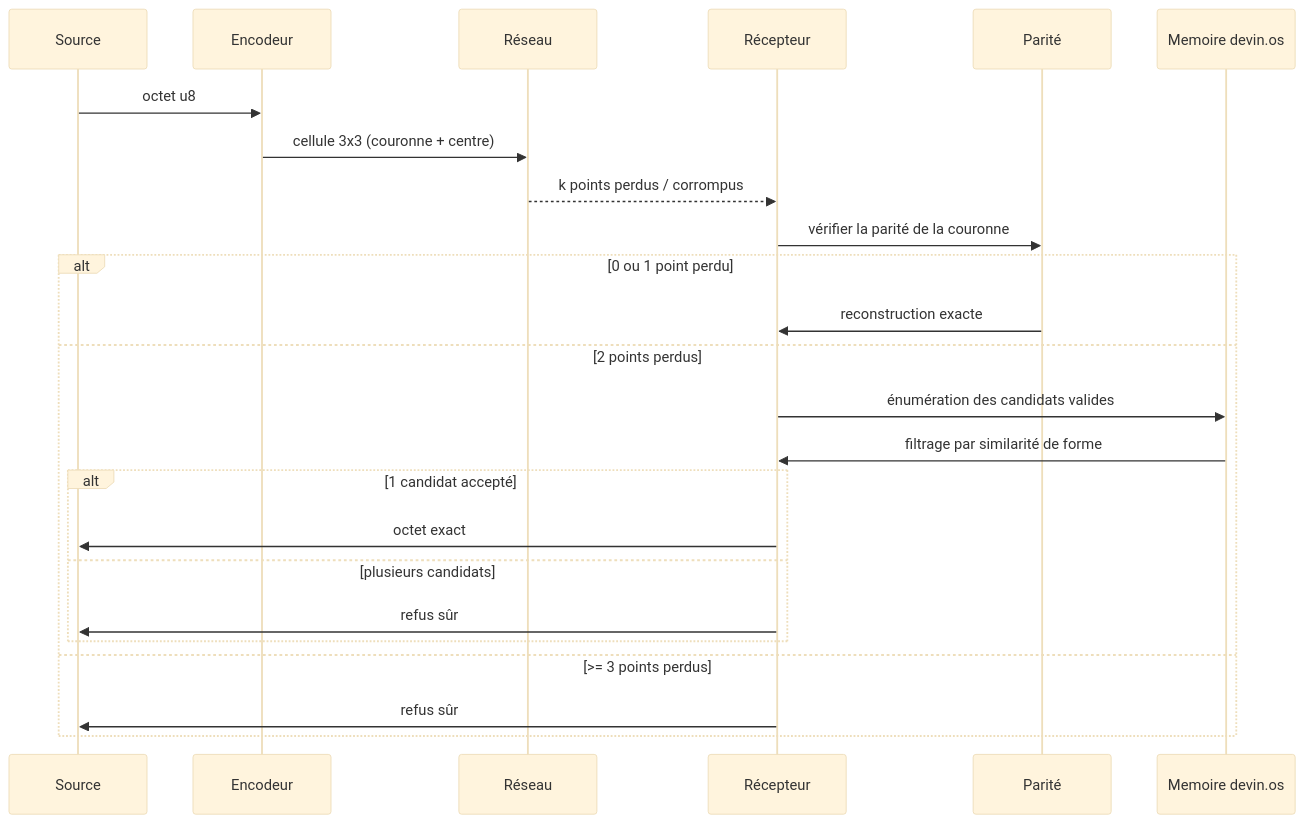
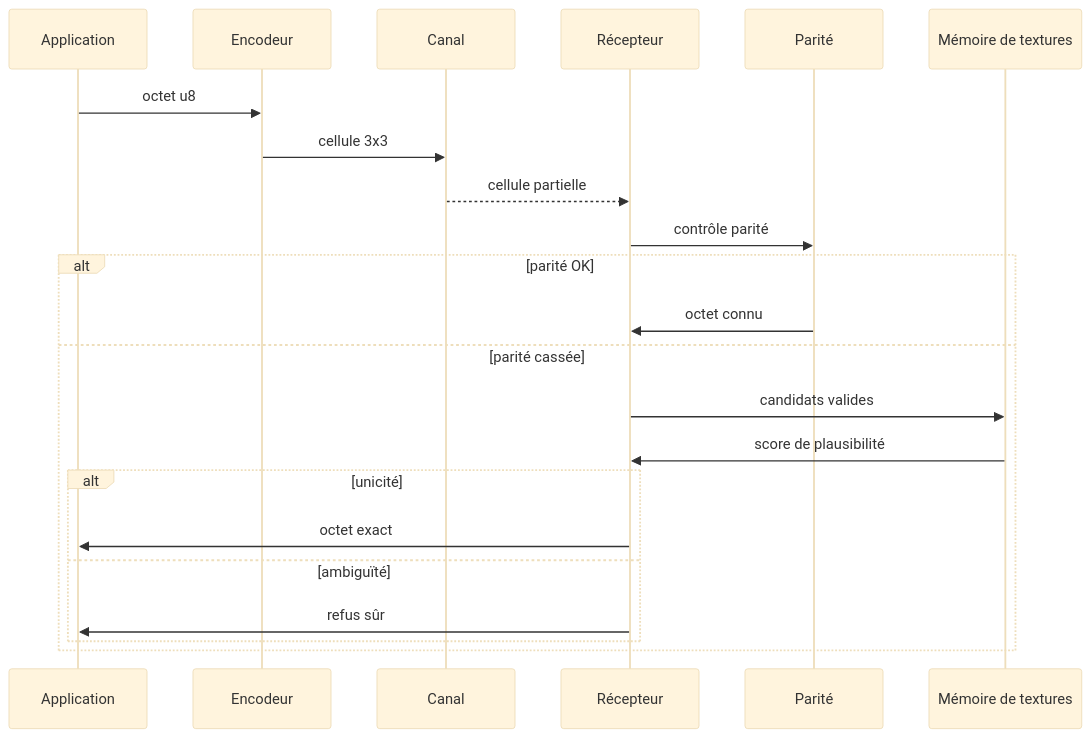
Before and after one commit to tedehur/octet-econome1.0: the third of 3 diagrams in README.md, drawn with Mermaid (base theme). The commit also changed other lines of this file, not shown here.

Commit message:
Rédaction d'un vrai livre blanc et intégration d'une documentation architecture plus complète pour octet-econome1.0

````diff
--- a/README.md
+++ b/README.md
@@ -42,27 +235,25 @@
 ```mermaid
 sequenceDiagram
-    participant S as Source
+    participant A as Application
     participant E as Encodeur
-    participant N as Réseau
+    participant N as Canal
     participant R as Récepteur
     participant P as Parité
-    participant T as Memoire devin.os
+    participant T as Mémoire de textures
 
-    S->>E: octet u8
-    E->>N: cellule 3x3 (couronne + centre)
-    N-->>R: k points perdus / corrompus
-    R->>P: vérifier la parité de la couronne
-    alt 0 ou 1 point perdu
-        P->>R: reconstruction exacte
-    else 2 points perdus
-        R->>T: énumération des candidats valides
-        T->>R: filtrage par similarité de forme
-        alt 1 candidat accepté
-            R->>S: octet exact
-        else plusieurs candidats
-            R->>S: refus sûr
+    A->>E: octet u8
+    E->>N: cellule 3x3
+    N-->>R: cellule partielle
+    R->>P: contrôle parité
+    alt parité OK
+        P->>R: octet connu
+    else parité cassée
+        R->>T: candidats valides
+        T->>R: score de plausibilité
+        alt unicité
+            R->>A: octet exact
+        else ambiguïté
+            R->>A: refus sûr
         end
-    else >= 3 points perdus
-        R->>S: refus sûr
     end
 ```
````
